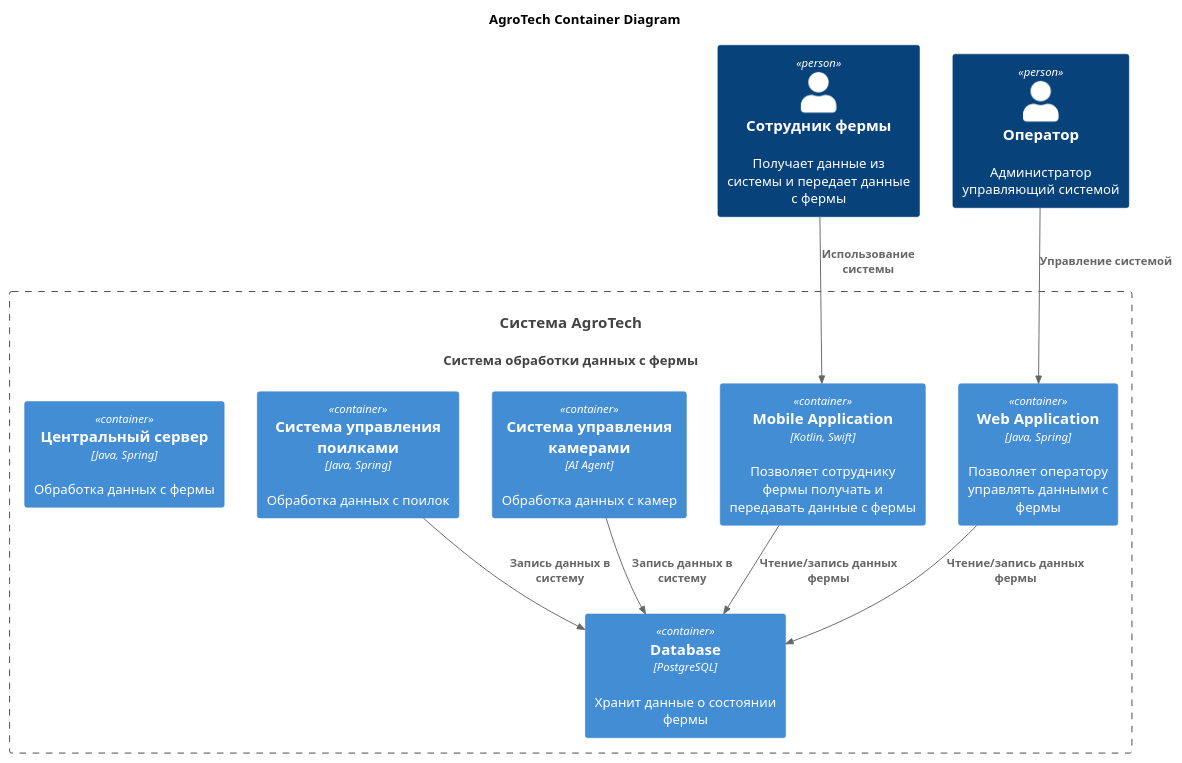
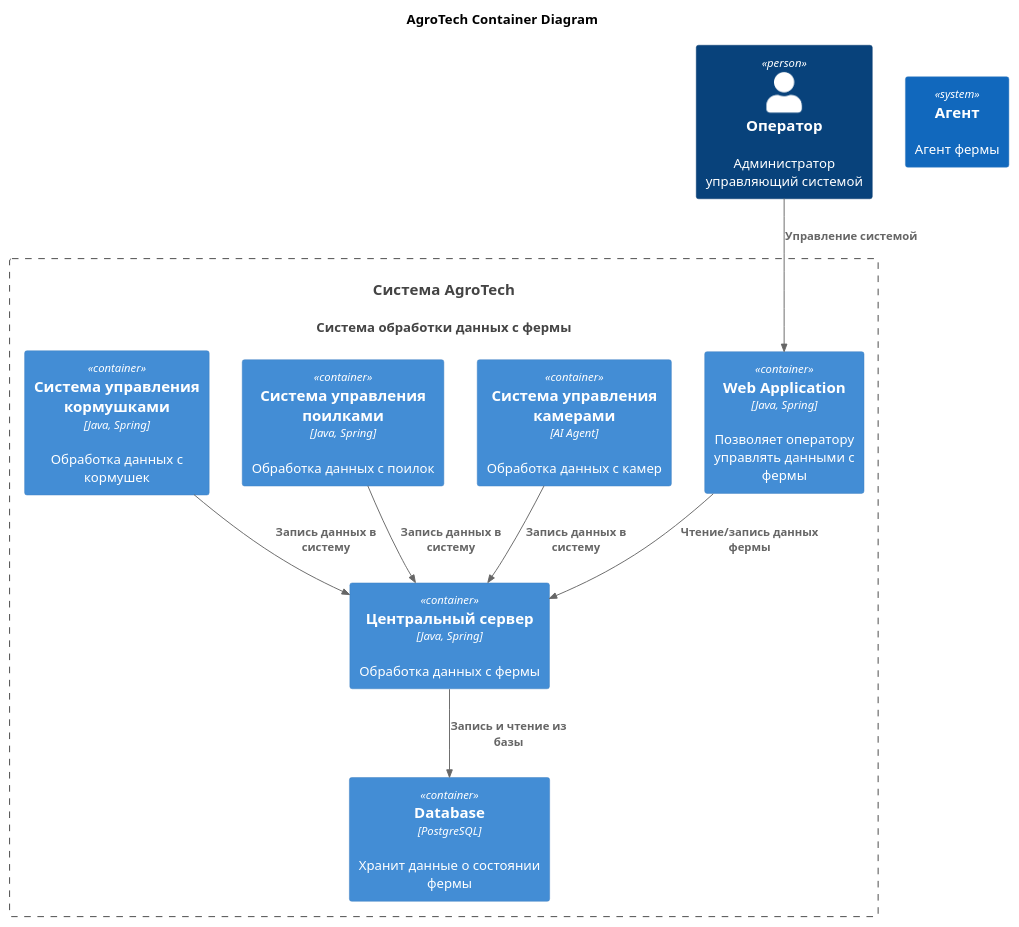
The diagram in Task2/Container.puml (ChechelevNF/MSA-AgroTech), drawn with PlantUML before and after one commit.

Commit message:
добавил правки контейнера

```diff
--- a/Task2/Container.puml
+++ b/Task2/Container.puml
@@ -1,30 +1,30 @@
 @startuml
 title AgroTech Container Diagram
 
 top to bottom direction
 
 !includeurl https://raw.githubusercontent.com/RicardoNiepel/C4-PlantUML/master/C4_Component.puml
 
-Person(rancher, "Сотрудник фермы", "Получает данные из системы и передает данные с фермы")
 Person(operator, "Оператор", "Администратор управляющий системой ")
 System(AgroTechSystem, "Система AgroTech", "Система обработки данных с фермы")
+System(Agent, "Агент", "Агент фермы")
 
 Container_Boundary(AgroTechSystem, "Система AgroTech") {
   Container(WebApp, "Web Application", "Java, Spring", "Позволяет оператору управлять данными с фермы")
-  Container(MobileApp, "Mobile Application", "Kotlin, Swift", "Позволяет сотруднику фермы получать и передавать данные с фермы")
   Container(Database, "Database", "PostgreSQL", "Хранит данные о состоянии фермы")
   Container(CameraSystem, "Система управления камерами", "AI Agent", "Обработка данных с камер")
   Container(DrinkingSystem, "Система управления поилками", "Java, Spring", "Обработка данных с поилок")
   Container(CentralServer, "Центральный сервер", "Java, Spring", "Обработка данных с фермы")
+  Container(FeedingSystem, "Система управления кормушками", "Java, Spring", "Обработка данных с кормушек")
 
 }
 
-Rel(rancher, MobileApp, "Использование системы")
-Rel(CameraSystem, Database, "Запись данных в систему")
+Rel(CameraSystem, CentralServer, "Запись данных в систему")
 Rel(operator,WebApp,"Управление системой")
-Rel(MobileApp, Database, "Чтение/запись данных фермы")
-Rel(WebApp, Database, "Чтение/запись данных фермы")
-Rel(DrinkingSystem, Database, "Запись данных в систему")
+Rel(WebApp, CentralServer, "Чтение/запись данных фермы")
+Rel(DrinkingSystem, CentralServer, "Запись данных в систему")
+Rel(CentralServer, Database, "Запись и чтение из базы")
+Rel(FeedingSystem, CentralServer, "Запись данных в систему")
 
 
 @enduml
```
